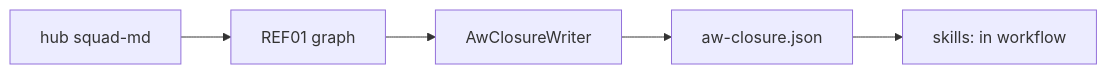
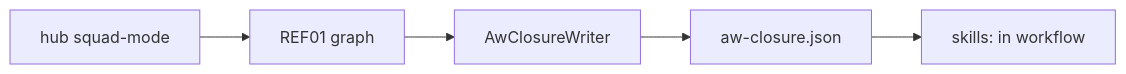
The diagram in docs/pbi/squad/gh-aw/ga01-closure-file.md (svennijhuis/agentPacks), drawn with Mermaid before and after one commit. The commit also changed other lines of this file and 27 other files, not shown here.

Commit message:
docs(pbi/squad): hubs renamed to poteto style -mode (squad-mode, pack-author-mode, pack-check-mode, statechart-mode, scenarios-mode, security-audit-mode); old -md dirs move with pointer until GA07; today paths keep main names

````diff
--- a/docs/pbi/squad/gh-aw/ga01-closure-file.md
+++ b/docs/pbi/squad/gh-aw/ga01-closure-file.md
@@ -61,4 +61,4 @@
 ```mermaid
 flowchart LR
-  H["hub squad-md"] --> R["REF01 graph"] --> W["AwClosureWriter"] --> J["aw-closure.json"] --> S["skills: in workflow"]
+  H["hub squad-mode"] --> R["REF01 graph"] --> W["AwClosureWriter"] --> J["aw-closure.json"] --> S["skills: in workflow"]
 ```
````
